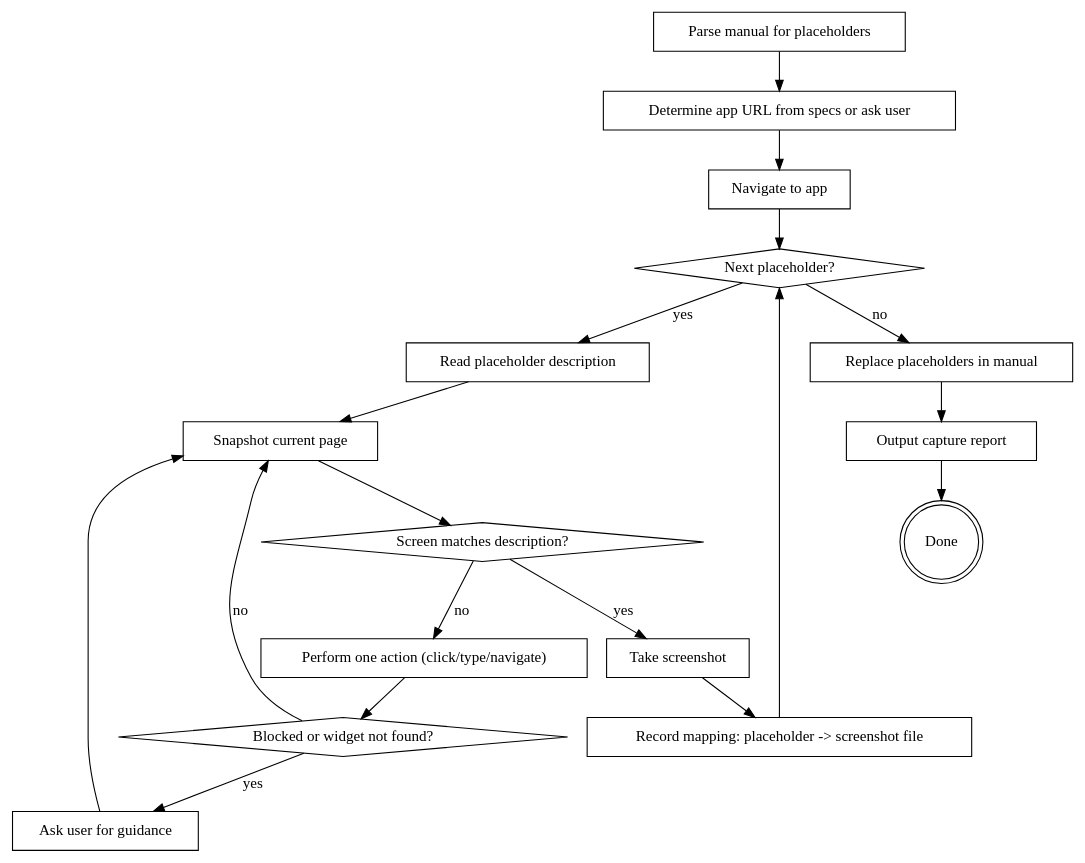
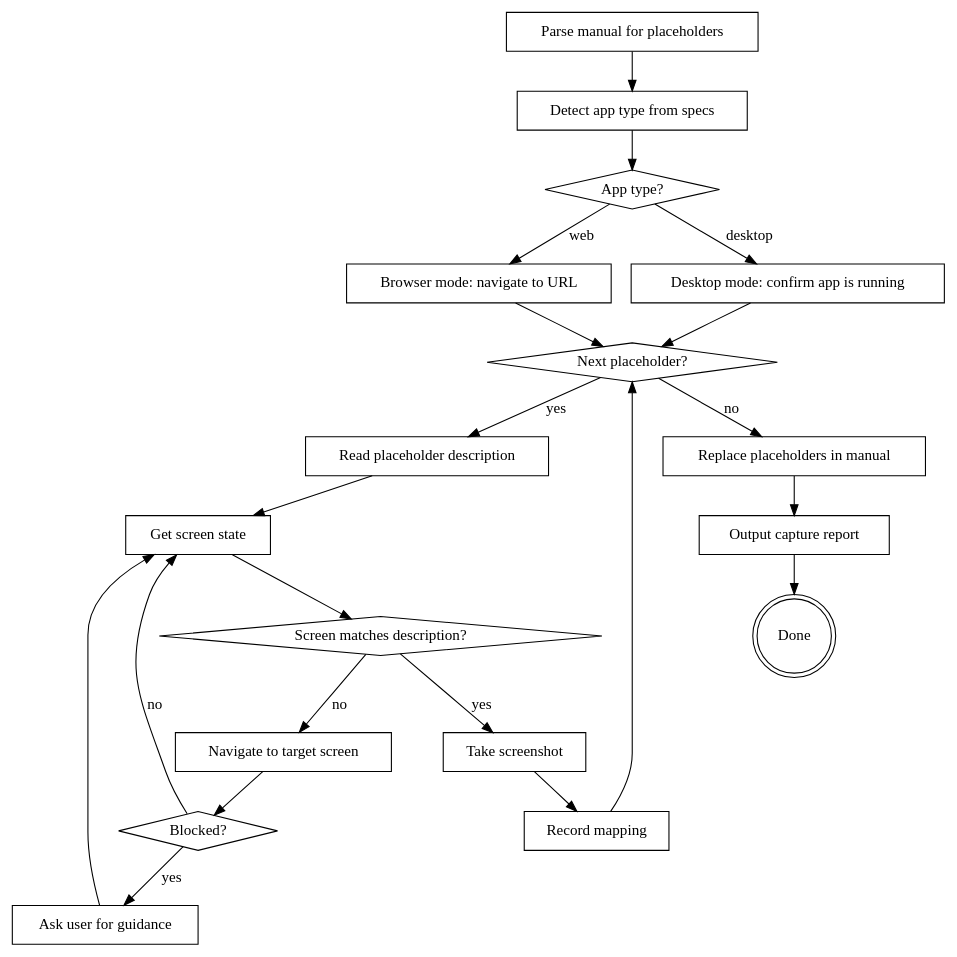
Before and after one commit to wisquest/yanzhi-user-manual-generator: the diagram in skills/auto-capture/SKILL.md, drawn with Graphviz. The commit also changed other lines of this file, not shown here.

First line of the commit message:
feat: add desktop app support (WPF/WinForms) to auto-capture skill

````diff
--- a/skills/auto-capture/SKILL.md
+++ b/skills/auto-capture/SKILL.md
@@ -41,37 +55,42 @@
 ```dot
 digraph auto_capture {
   "Parse manual for placeholders" [shape=box];
-  "Determine app URL from specs or ask user" [shape=box];
-  "Navigate to app" [shape=box];
+  "Detect app type from specs" [shape=box];
+  "App type?" [shape=diamond];
+  "Browser mode: navigate to URL" [shape=box];
+  "Desktop mode: confirm app is running" [shape=box];
   "Next placeholder?" [shape=diamond];
   "Read placeholder description" [shape=box];
-  "Snapshot current page" [shape=box];
+  "Get screen state" [shape=box];
   "Screen matches description?" [shape=diamond];
-  "Perform one action (click/type/navigate)" [shape=box];
-  "Blocked or widget not found?" [shape=diamond];
+  "Navigate to target screen" [shape=box];
+  "Blocked?" [shape=diamond];
   "Ask user for guidance" [shape=box];
   "Take screenshot" [shape=box];
-  "Record mapping: placeholder -> screenshot file" [shape=box];
+  "Record mapping" [shape=box];
   "Replace placeholders in manual" [shape=box];
   "Output capture report" [shape=box];
   "Done" [shape=doublecircle];
 
-  "Parse manual for placeholders" -> "Determine app URL from specs or ask user";
-  "Determine app URL from specs or ask user" -> "Navigate to app";
-  "Navigate to app" -> "Next placeholder?";
+  "Parse manual for placeholders" -> "Detect app type from specs";
+  "Detect app type from specs" -> "App type?";
+  "App type?" -> "Browser mode: navigate to URL" [label="web"];
+  "App type?" -> "Desktop mode: confirm app is running" [label="desktop"];
+  "Browser mode: navigate to URL" -> "Next placeholder?";
+  "Desktop mode: confirm app is running" -> "Next placeholder?";
   "Next placeholder?" -> "Read placeholder description" [label="yes"];
   "Next placeholder?" -> "Replace placeholders in manual" [label="no"];
-  "Read placeholder description" -> "Snapshot current page";
-  "Snapshot current page" -> "Screen matches description?";
+  "Read placeholder description" -> "Get screen state";
+  "Get screen state" -> "Screen matches description?";
   "Screen matches description?" -> "Take screenshot" [label="yes"];
-  "Screen matches description?" -> "Perform one action (click/type/navigate)" [label="no"];
-  "Perform one action (click/type/navigate)" -> "Blocked or widget not found?";
-  "Blocked or widget not found?" -> "Ask user for guidance" [label="yes"];
-  "Blocked or widget not found?" -> "Snapshot current page" [label="no"];
-  "Ask user for guidance" -> "Snapshot current page";
-  "Take screenshot" -> "Record mapping: placeholder -> screenshot file";
-  "Record mapping: placeholder -> screenshot file" -> "Next placeholder?";
+  "Screen matches description?" -> "Navigate to target screen" [label="no"];
+  "Navigate to target screen" -> "Blocked?";
+  "Blocked?" -> "Ask user for guidance" [label="yes"];
+  "Blocked?" -> "Get screen state" [label="no"];
+  "Ask user for guidance" -> "Get screen state";
+  "Take screenshot" -> "Record mapping";
+  "Record mapping" -> "Next placeholder?";
   "Replace placeholders in manual" -> "Output capture report";
   "Output capture report" -> "Done";
 }
 ```
````
